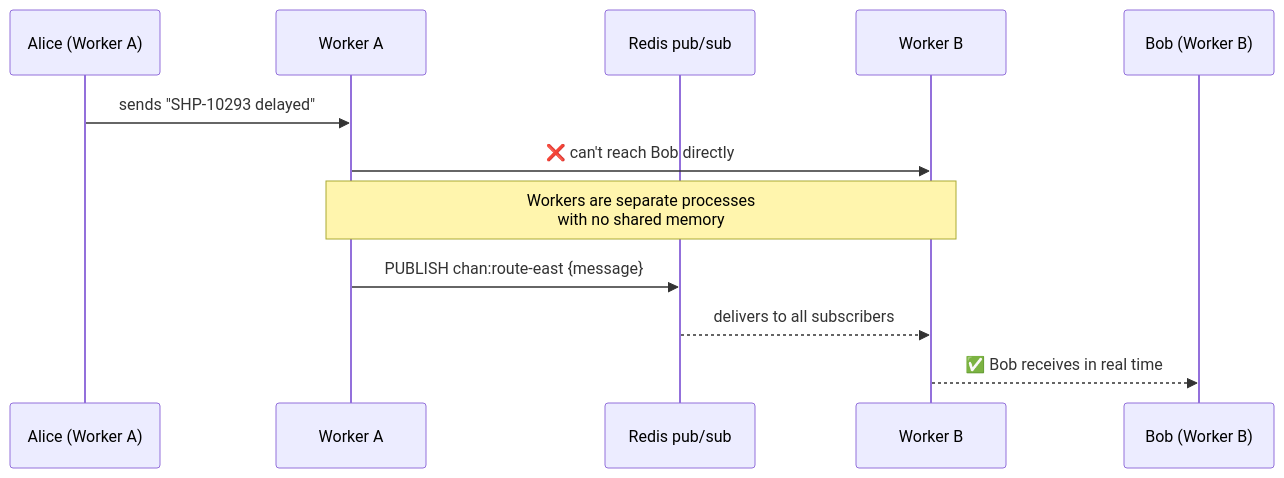
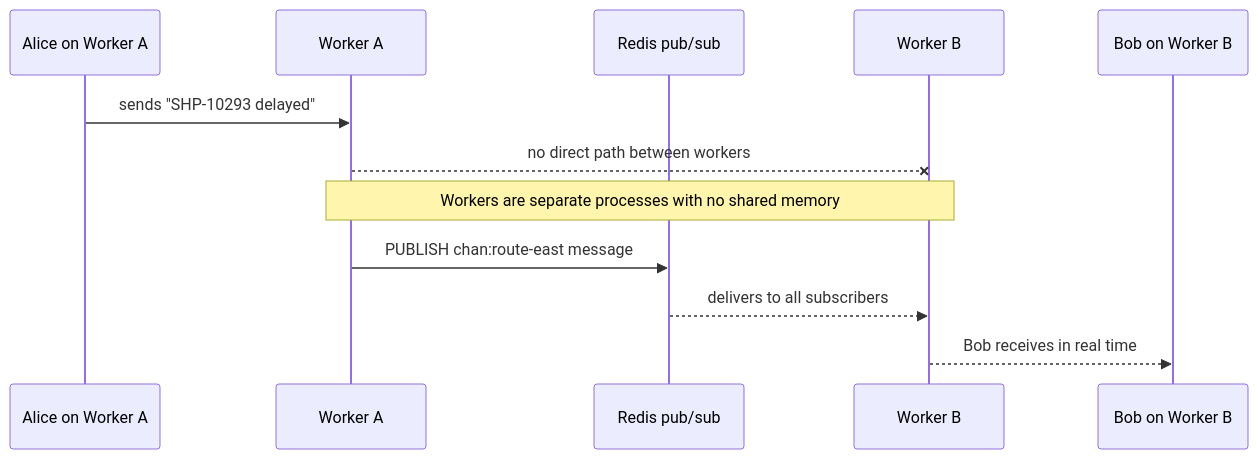
The first of 5 diagrams in README.md (theshreyashguy/Real-Time-Logistics-Collaboration--Platform), drawn with Mermaid before and after one commit. The commit also changed other lines of this file, not shown here.

Commit message:
Refactor README for improved clarity in sequence diagrams and message flow; enhance descriptions of worker interactions and error handling.

````diff
--- a/README.md
+++ b/README.md
@@ -63,16 +63,16 @@
 ```mermaid
 sequenceDiagram
-    participant Alice as Alice (Worker A)
+    participant Alice as Alice on Worker A
     participant WA as Worker A
     participant Redis as Redis pub/sub
     participant WB as Worker B
-    participant Bob as Bob (Worker B)
+    participant Bob as Bob on Worker B
 
     Alice->>WA: sends "SHP-10293 delayed"
-    WA->>WB: ❌ can't reach Bob directly
-    Note over WA,WB: Workers are separate processes<br/>with no shared memory
+    WA--xWB: no direct path between workers
+    Note over WA,WB: Workers are separate processes with no shared memory
 
-    WA->>Redis: PUBLISH chan:route-east {message}
+    WA->>Redis: PUBLISH chan:route-east message
     Redis-->>WB: delivers to all subscribers
-    WB-->>Bob: ✅ Bob receives in real time
+    WB-->>Bob: Bob receives in real time
 ```
````
